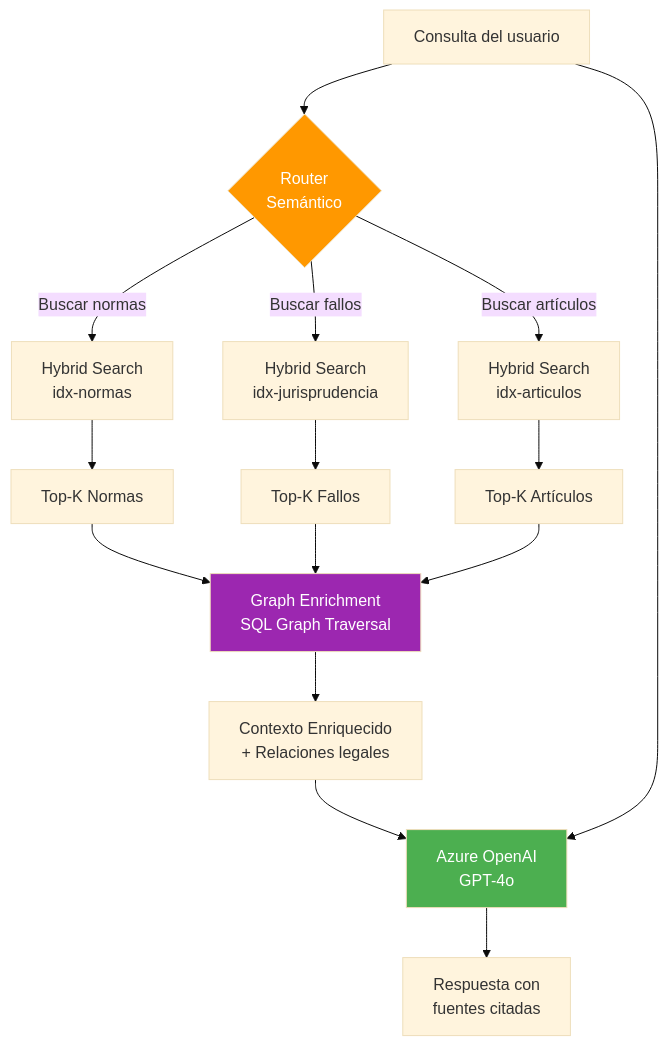
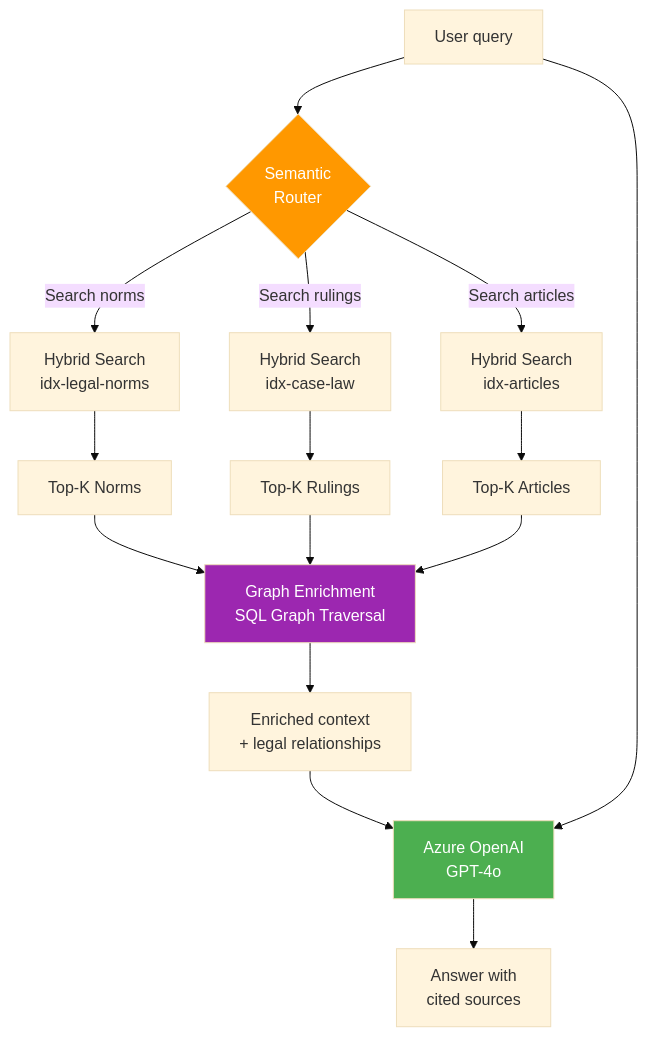
Before and after one commit to pablonux/legal-ai-ar: the seventh of 13 diagrams in docs/roadmap/F00 - Development Environment and Structure/F00 - W01 - Comprehensive Documentation.md, drawn with Mermaid (base theme). The commit also changed other lines of this file and 8 other files, not shown here.

````diff
--- a/docs/roadmap/F00 - Development Environment and Structure/F00 - W01 - Comprehensive Documentation.md
+++ b/docs/roadmap/F00 - Development Environment and Structure/F00 - W01 - Comprehensive Documentation.md
@@ -710,25 +712,25 @@
 ```mermaid
 graph TB
-    Q[Consulta del usuario] --> ROUTER{Router<br/>Semántico}
+    Q[User query] --> ROUTER{Semantic<br/>Router}
 
-    ROUTER -->|Buscar normas| HYBRID_N[Hybrid Search<br/>idx-normas]
-    ROUTER -->|Buscar fallos| HYBRID_J[Hybrid Search<br/>idx-jurisprudencia]
-    ROUTER -->|Buscar artículos| HYBRID_A[Hybrid Search<br/>idx-articulos]
+    ROUTER -->|Search norms| HYBRID_N[Hybrid Search<br/>idx-legal-norms]
+    ROUTER -->|Search rulings| HYBRID_J[Hybrid Search<br/>idx-case-law]
+    ROUTER -->|Search articles| HYBRID_A[Hybrid Search<br/>idx-articles]
 
-    HYBRID_N --> RESULTS_N[Top-K Normas]
-    HYBRID_J --> RESULTS_J[Top-K Fallos]
-    HYBRID_A --> RESULTS_A[Top-K Artículos]
+    HYBRID_N --> RESULTS_N[Top-K Norms]
+    HYBRID_J --> RESULTS_J[Top-K Rulings]
+    HYBRID_A --> RESULTS_A[Top-K Articles]
 
     RESULTS_N --> GRAPH[Graph Enrichment<br/>SQL Graph Traversal]
     RESULTS_J --> GRAPH
     RESULTS_A --> GRAPH
 
-    GRAPH --> CTX[Contexto Enriquecido<br/>+ Relaciones legales]
+    GRAPH --> CTX[Enriched context<br/>+ legal relationships]
     CTX --> LLM[Azure OpenAI<br/>GPT-4o]
     Q --> LLM
-    LLM --> RESP[Respuesta con<br/>fuentes citadas]
+    LLM --> RESP[Answer with<br/>cited sources]
 
     style ROUTER fill:#ff9800,color:#fff
     style GRAPH fill:#9c27b0,color:#fff
     style LLM fill:#4caf50,color:#fff
 ```
````
